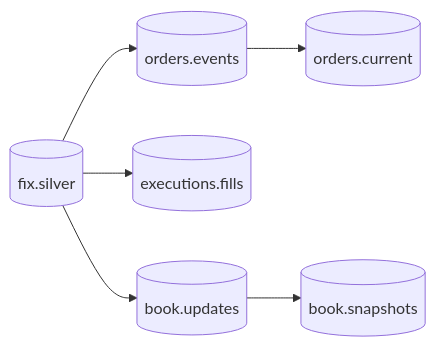
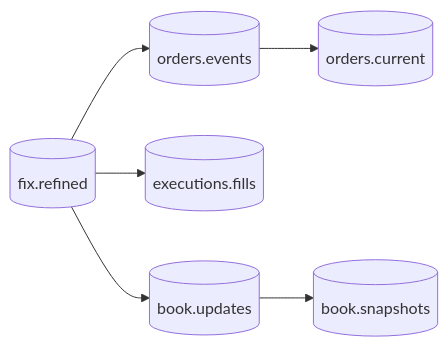
The diagram in docs/roadmap/index.md (Platob/yggfin), drawn with Mermaid before and after one commit. The commit also changed other lines of this file and 1266 other files, not shown here.

````diff
--- a/docs/roadmap/index.md
+++ b/docs/roadmap/index.md
@@ -7,8 +7,8 @@
 ```mermaid
 flowchart LR
-    F[("fix.silver")] --> OE[("orders.events")]
+    F[("fix.refined")] --> OE[("orders.events")]
     OE --> OC[("orders.current")]
     F --> EX[("executions.fills")]
     F --> BU[("book.updates")]
     BU --> BS[("book.snapshots")]
 ```
````
